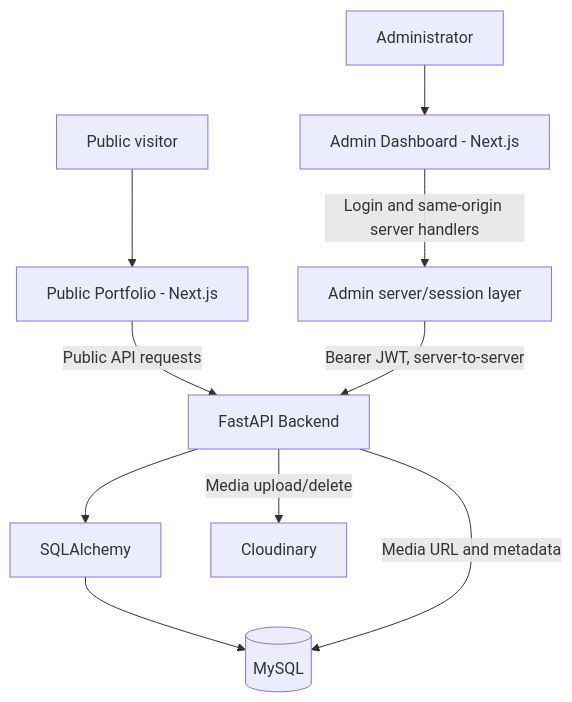
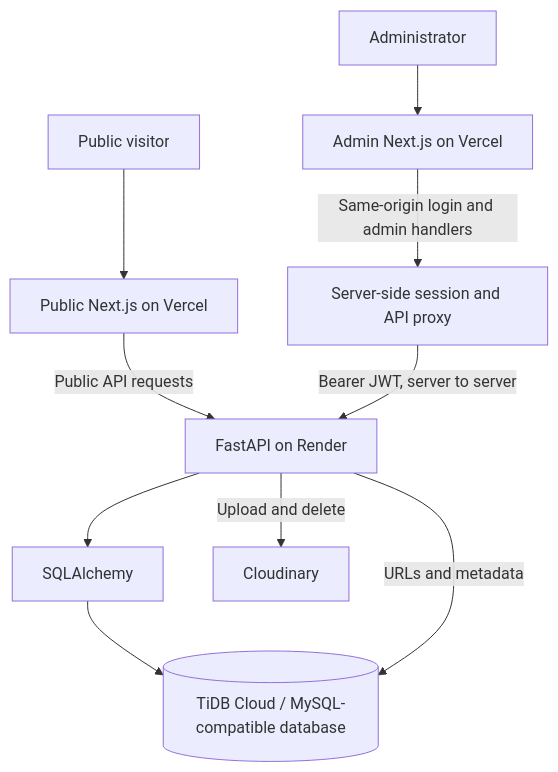
The diagram in README.md (Osamah-786/osamah-professional-portfolio), drawn with Mermaid before and after one commit. The commit also changed other lines of this file and 11 other files, not shown here.

Commit message:
Improve media upload handling and documentation

````diff
--- a/README.md
+++ b/README.md
@@ -19,12 +7,12 @@
 ```mermaid
 flowchart TD
-    Visitor[Public visitor] --> Public[Public Portfolio - Next.js]
-    Public -->|Public API requests| API[FastAPI Backend]
-    AdminUser[Administrator] --> Admin[Admin Dashboard - Next.js]
-    Admin -->|Login and same-origin server handlers| AdminServer[Admin server/session layer]
-    AdminServer -->|Bearer JWT, server-to-server| API
+    Visitor[Public visitor] --> Frontend[Public Next.js on Vercel]
+    Frontend -->|Public API requests| API[FastAPI on Render]
+    AdminUser[Administrator] --> Admin[Admin Next.js on Vercel]
+    Admin -->|Same-origin login and admin handlers| Server[Server-side session and API proxy]
+    Server -->|Bearer JWT, server to server| API
     API --> ORM[SQLAlchemy]
-    ORM --> DB[(MySQL)]
-    API -->|Media upload/delete| Cloudinary[Cloudinary]
-    API -->|Media URL and metadata| DB
+    ORM --> DB[(TiDB Cloud / MySQL-compatible database)]
+    API -->|Upload and delete| Cloudinary[Cloudinary]
+    API -->|URLs and metadata| DB
 ```
````
